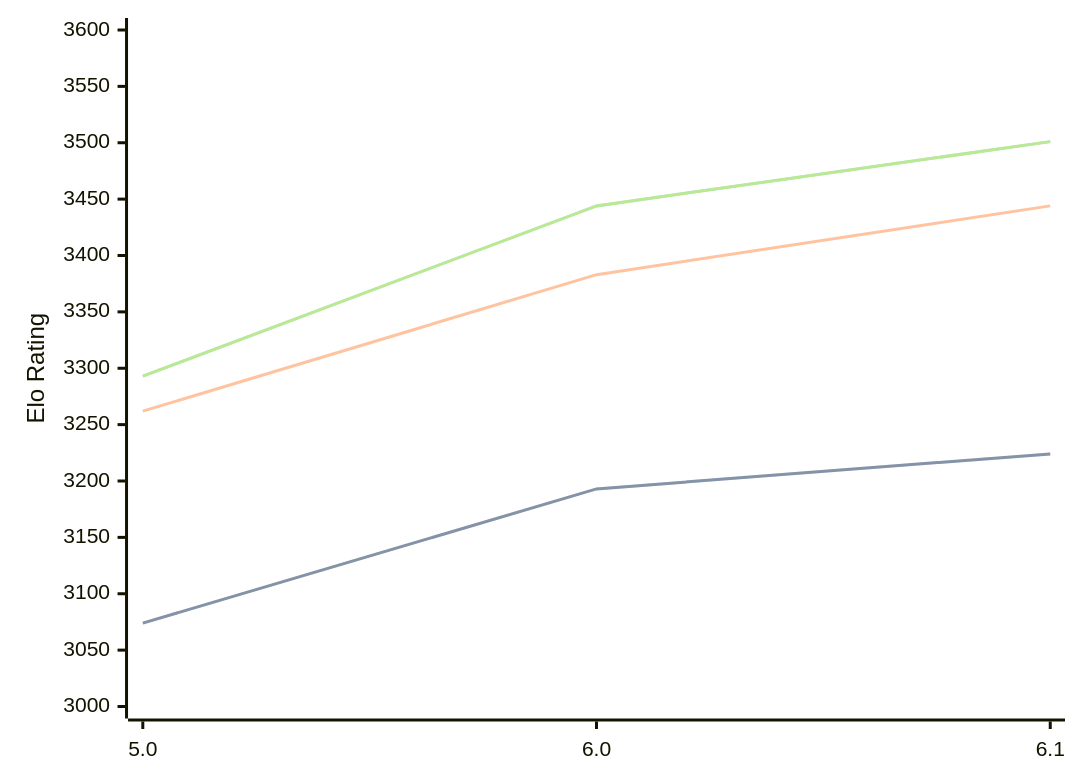
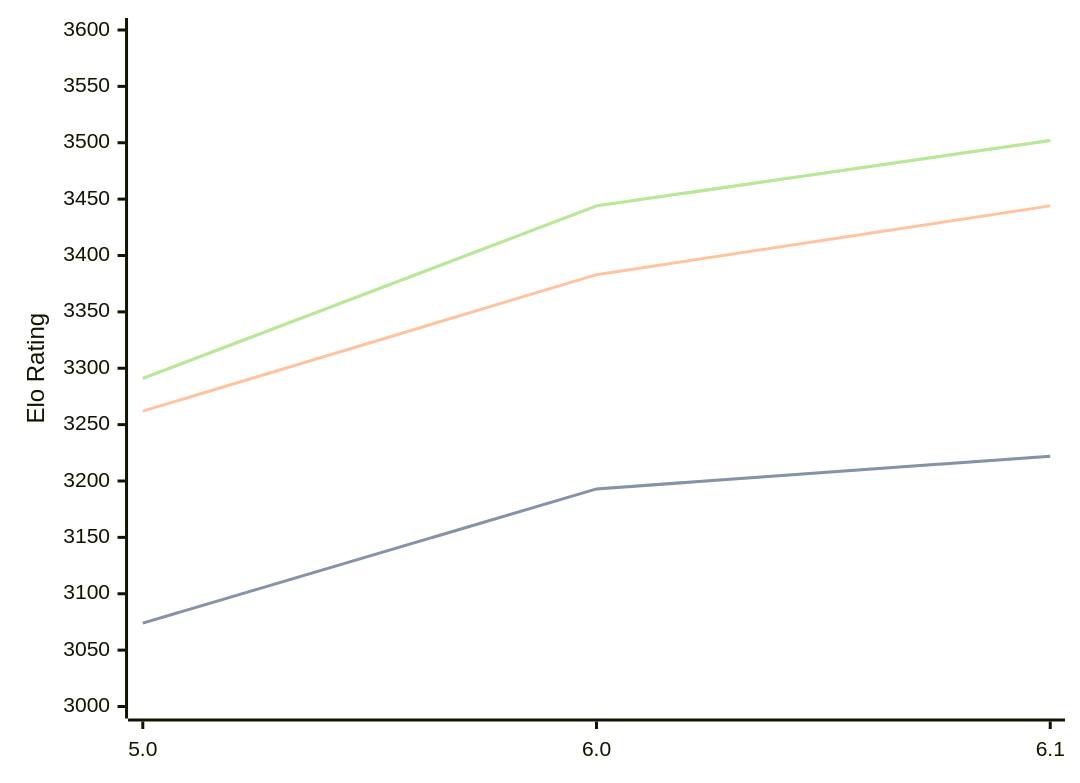
One commit to computer-chess-index/cci changed the diagram in engines/PZChessBot.md. Above: the diagram before and after it, drawn with Mermaid. The commit also changed other lines of this file, not shown here.

Commit message:
Update CCI Ratings (ELO VLTC) - 2026-03-25

````diff
--- a/engines/PZChessBot.md
+++ b/engines/PZChessBot.md
@@ -42,11 +42,11 @@
 ```mermaid
 %%{init: {"theme":"base","themeVariables":{"seriesColors:['#a3a3a3','#222221','#faa371']}}}%%
 xychart-beta
   x-axis ["5.0", "6.0", "6.1"]
   y-axis "Elo Rating" 3000 --> 3600
-  line "STC (8.0+0.08s)" [3074, 3193, 3224]
-  line "STC (8.0+0.08s)" [3074, 3193, 3224]
+  line "STC (8.0+0.08s)" [3074, 3193, 3222]
+  line "STC (8.0+0.08s)" [3074, 3193, 3222]
   line "LTC (60.0+0.60s)" [3262, 3383, 3444]
-  line "VLTC (2m24s+1.12s)" [3293, 3444, 3501]
-  line "VLTC (2m24s+1.12s)" [3293, 3444, 3501]
+  line "VLTC (2m24s+1.12s)" [3291, 3444, 3502]
+  line "VLTC (2m24s+1.12s)" [3291, 3444, 3502]
 ```
````
